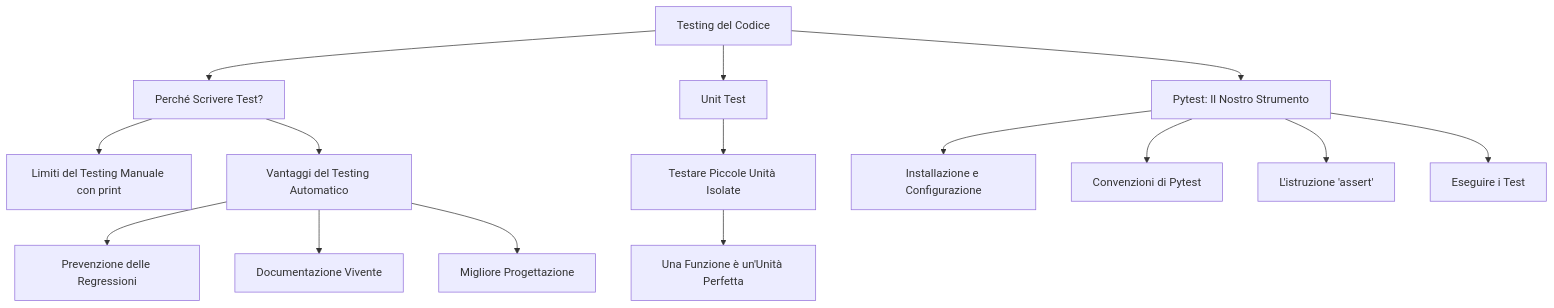
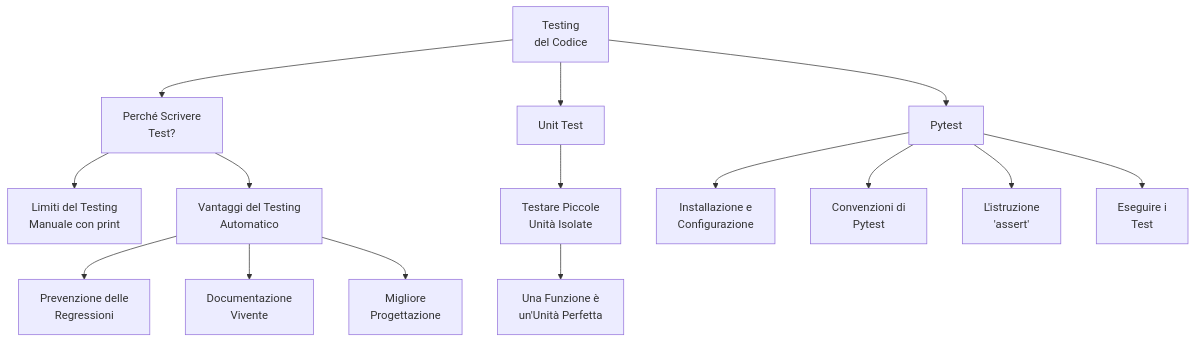
One commit to angelogalantiscuola/IT changed the diagram in 01_Fondamenti_di_Programmazione/04_Testing_e_Qualita_del_Codice/01_Mappa_Concettuale_Testing.md. Above: the diagram before and after it, drawn with Mermaid. The commit also changed 4 other files, not shown here.

````diff
--- a/01_Fondamenti_di_Programmazione/04_Testing_e_Qualita_del_Codice/01_Mappa_Concettuale_Testing.md
+++ b/01_Fondamenti_di_Programmazione/04_Testing_e_Qualita_del_Codice/01_Mappa_Concettuale_Testing.md
@@ -5,21 +5,21 @@
 ```mermaid
 graph TD
-    A[Testing del Codice] --> B[Perché Scrivere Test?];
+    A[Testing<br>del Codice] --> B[Perché Scrivere<br>Test?];
     A --> C[Unit Test];
-    A --> D[Pytest: Il Nostro Strumento];
+    A --> D[Pytest];
 
-    B --> B1[Limiti del Testing Manuale con print];
-    B --> B2[Vantaggi del Testing Automatico];
-    B2 --> B2a[Prevenzione delle Regressioni];
-    B2 --> B2b[Documentazione Vivente];
-    B2 --> B2c[Migliore Progettazione];
+    B --> B1[Limiti del Testing<br>Manuale con print];
+    B --> B2[Vantaggi del Testing<br>Automatico];
+    B2 --> B2a[Prevenzione delle<br>Regressioni];
+    B2 --> B2b[Documentazione<br>Vivente];
+    B2 --> B2c[Migliore<br>Progettazione];
 
-    C --> C1[Testare Piccole Unità Isolate];
-    C1 --> C1a[Una Funzione è un'Unità Perfetta];
+    C --> C1[Testare Piccole<br>Unità Isolate];
+    C1 --> C1a[Una Funzione è<br>un'Unità Perfetta];
 
-    D --> D1[Installazione e Configurazione];
-    D --> D2[Convenzioni di Pytest];
-    D --> D3[L'istruzione 'assert'];
-    D --> D4[Eseguire i Test];
+    D --> D1[Installazione e<br>Configurazione];
+    D --> D2[Convenzioni di<br>Pytest];
+    D --> D3[L'istruzione<br>'assert'];
+    D --> D4[Eseguire i<br>Test];
 
 ```
````
